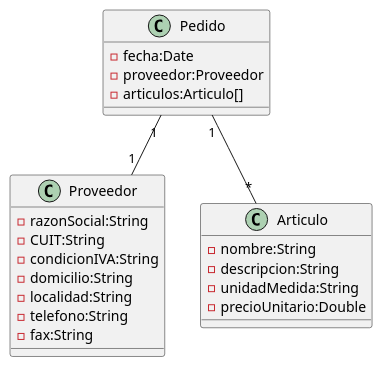
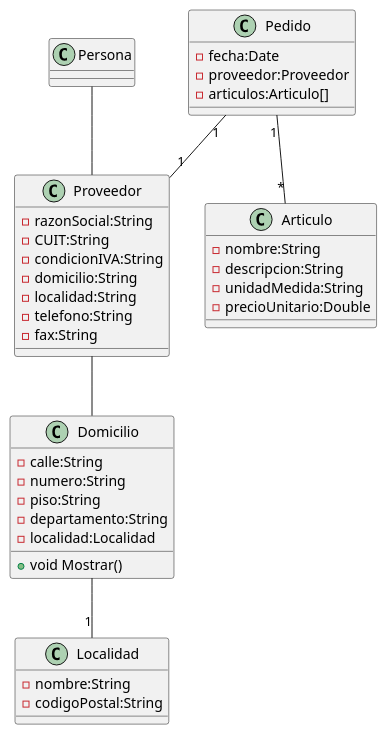
The diagram in Java/src/Ejercicio1.puml (SecondPort/DOO1), drawn with PlantUML before and after one commit.

Commit message:
ejercicio1

```diff
--- a/Java/src/Ejercicio1.puml
+++ b/Java/src/Ejercicio1.puml
@@ -1,28 +1,44 @@
 @startuml
 class Proveedor {
     -razonSocial:String
     -CUIT:String
     -condicionIVA:String
     -domicilio:String
     -localidad:String
     -telefono:String
     -fax:String
 }
 
 class Articulo {
     -nombre:String
     -descripcion:String
     -unidadMedida:String
     -precioUnitario:Double
 }
 
 class Pedido {
     -fecha:Date
     -proveedor:Proveedor
     -articulos:Articulo[]
 }
+class Localidad {
+    -nombre:String
+    -codigoPostal:String
+}
+
+class Domicilio {
+    -calle:String
+    -numero:String
+    -piso:String
+    -departamento:String
+    -localidad:Localidad
+    +void Mostrar()
+}
 
 Pedido "1" -- "*" Articulo
 Pedido "1" -- "1" Proveedor
+Domicilio -- "1" Localidad
+Proveedor -up- Persona
+Proveedor -- Domicilio
 
 @enduml
```
